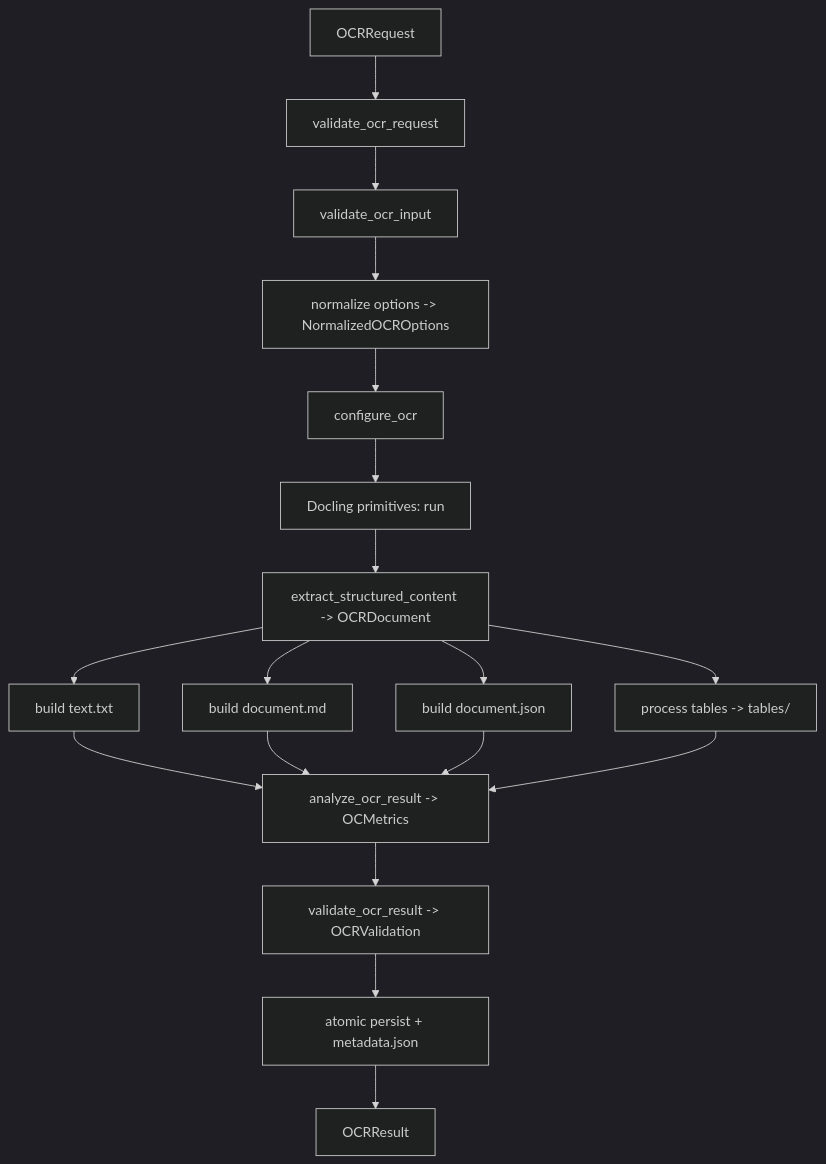
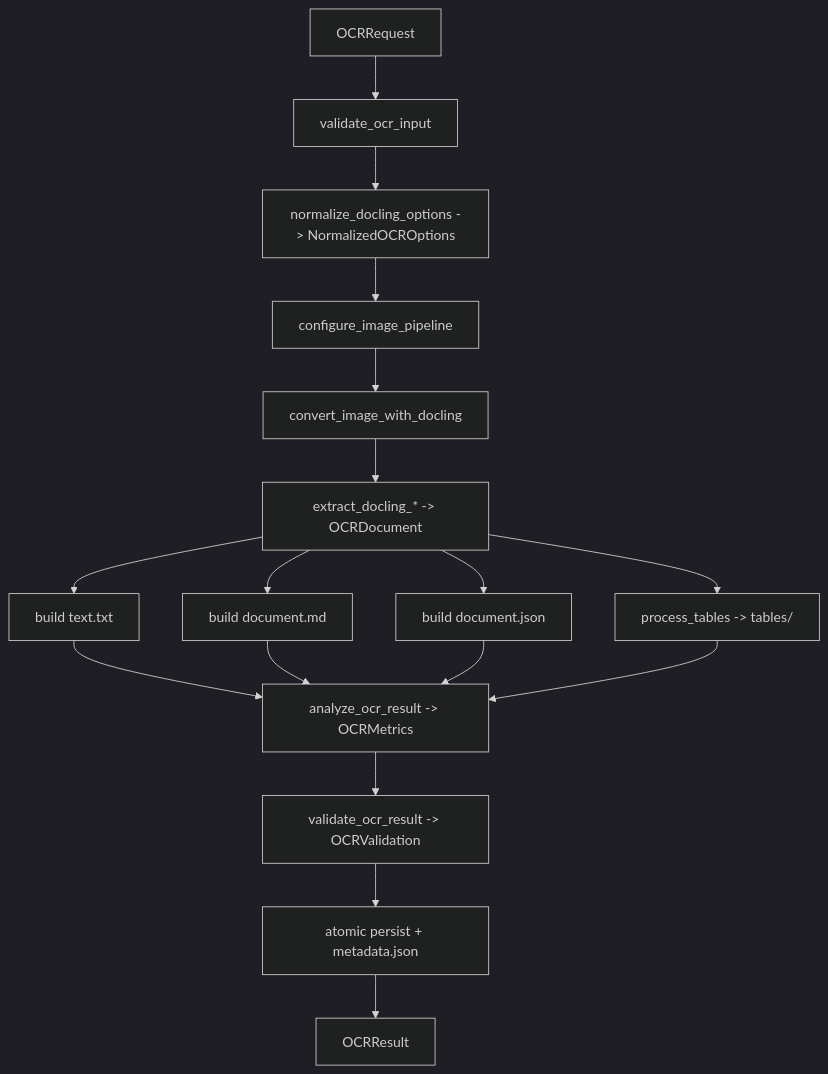
Before and after one commit to mariogarcia-ar/docflow: the diagram in docs/plan/subplan-procesador-ocr.md, drawn with Mermaid (dark theme). The commit also changed other lines of this file and 12 other files, not shown here.

````diff
--- a/docs/plan/subplan-procesador-ocr.md
+++ b/docs/plan/subplan-procesador-ocr.md
@@ -132,20 +132,19 @@
 ```mermaid
 flowchart TD
-    R[OCRRequest] --> V1[validate_ocr_request]
-    V1 --> V2[validate_ocr_input]
-    V2 --> N[normalize options -> NormalizedOCROptions]
-    N --> C[configure_ocr]
-    C --> P[Docling primitives: run]
-    P --> E[extract_structured_content -> OCRDocument]
+    R[OCRRequest] --> V1[validate_ocr_input]
+    V1 --> N[normalize_docling_options -> NormalizedOCROptions]
+    N --> C[configure_image_pipeline]
+    C --> P[convert_image_with_docling]
+    P --> E[extract_docling_* -> OCRDocument]
     E --> T[build text.txt]
     E --> M[build document.md]
     E --> J[build document.json]
-    E --> TB[process tables -> tables/]
-    T --> A[analyze_ocr_result -> OCMetrics]
+    E --> TB[process_tables -> tables/]
+    T --> A[analyze_ocr_result -> OCRMetrics]
     M --> A
     J --> A
     TB --> A
     A --> V3[validate_ocr_result -> OCRValidation]
     V3 --> S[atomic persist + metadata.json]
     S --> O[OCRResult]
 ```
````
